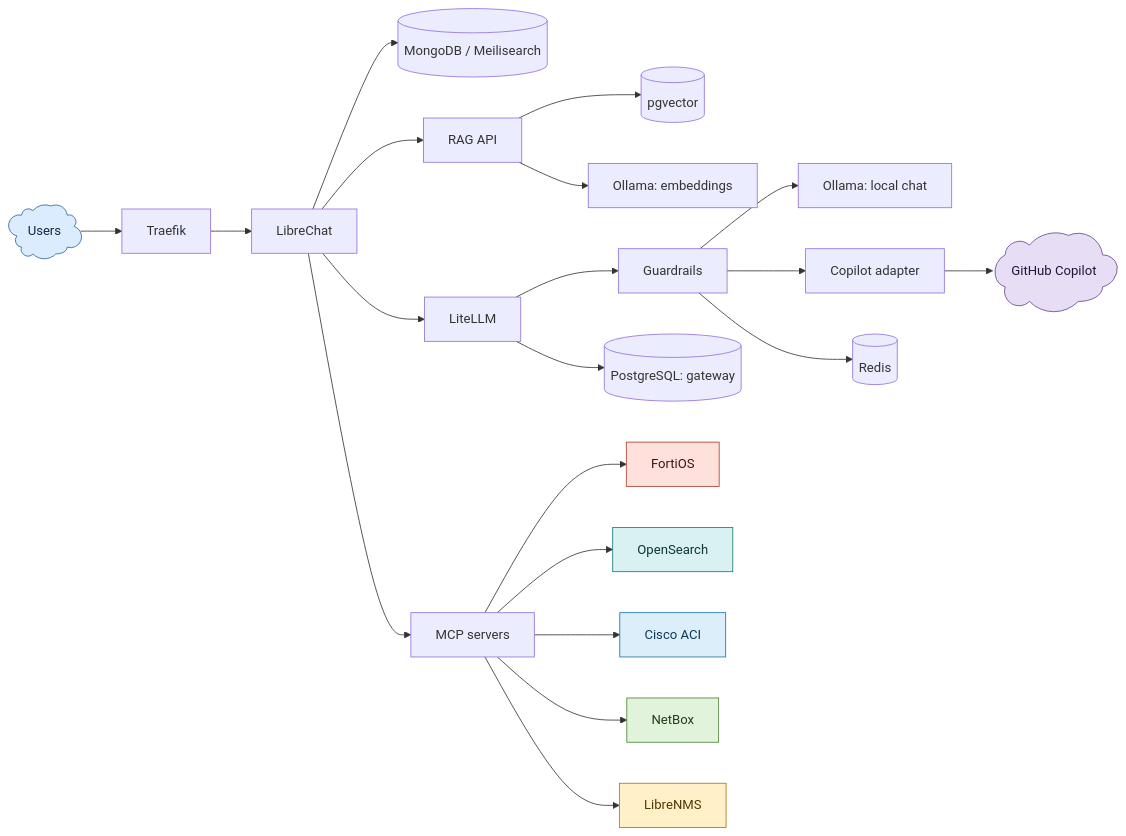
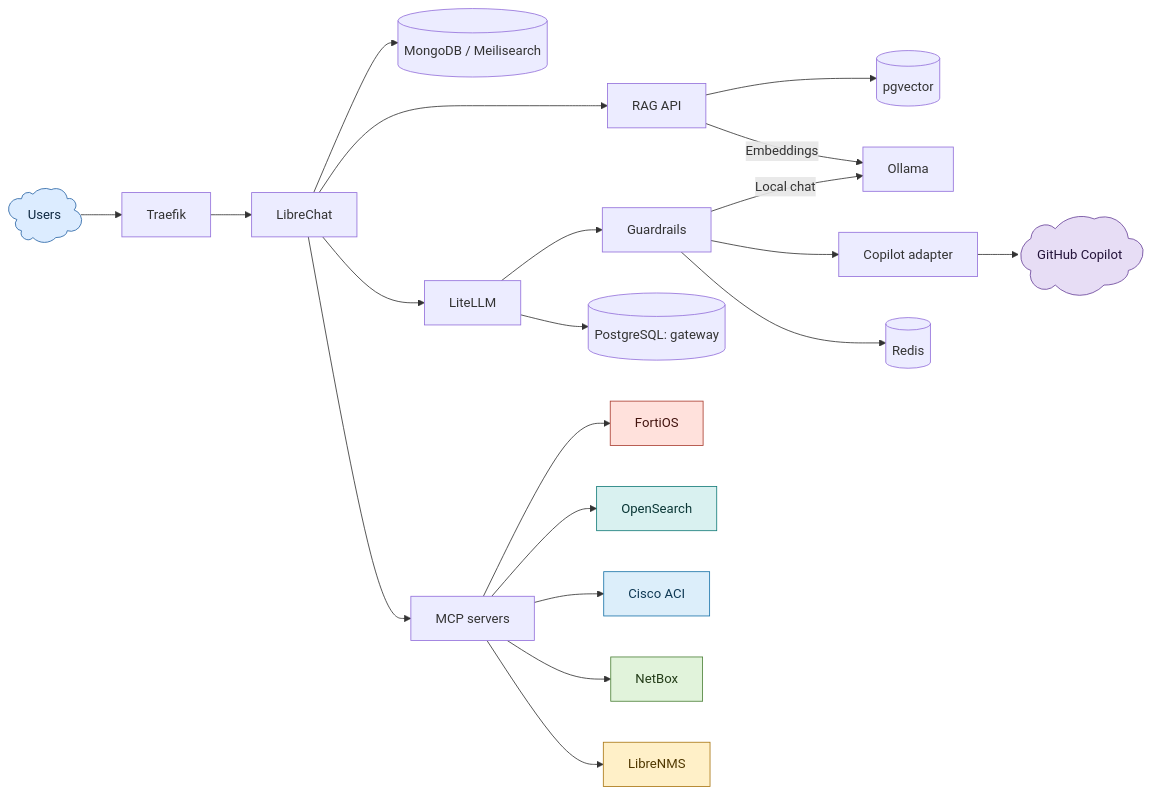
One commit to LoveSkylark/network-helper changed the diagram in README.md. Above: the diagram before and after it, drawn with Mermaid.

Commit message:
Show shared Ollama service in architecture diagram

````diff
--- a/README.md
+++ b/README.md
@@ -21,41 +21,41 @@
 ```mermaid
 flowchart LR
    Users@{ shape: cloud, label: "Users" }
    Copilot@{ shape: cloud, label: "GitHub Copilot" }
 
    Users --> Traefik --> LibreChat
 
    LibreChat --> Storage[(MongoDB / Meilisearch)]
    LibreChat --> RAG[RAG API]
    RAG --> Vector[(pgvector)]
-   RAG --> Embeddings[Ollama: embeddings]
+   RAG -->|Embeddings| Ollama[Ollama]
 
    LibreChat --> LiteLLM --> Guardrails
-   Guardrails --> Local[Ollama: local chat]
+   Guardrails -->|Local chat| Ollama
    Guardrails --> Adapter[Copilot adapter] --> Copilot
    Guardrails --> Redis[(Redis)]
    LiteLLM --> Postgres[(PostgreSQL: gateway)]
 
    LibreChat --> MCP[MCP servers]
    MCP --> FortiOS
    MCP --> OpenSearch
    MCP --> ACI[Cisco ACI]
    MCP --> NetBox
    MCP --> LibreNMS
 
    classDef users fill:#dcecff,stroke:#2864a5,color:#102a43
    classDef cloud fill:#e7ddf5,stroke:#69439a,color:#24133a
    classDef fortios fill:#ffe1dc,stroke:#aa3e31,color:#42130e
    classDef opensearch fill:#d9f1f0,stroke:#147b79,color:#0a3736
    classDef aci fill:#dceefa,stroke:#1973a8,color:#103a55
    classDef netbox fill:#e1f3db,stroke:#4d8138,color:#233c18
    classDef librenms fill:#fff0c8,stroke:#a97613,color:#503800
 
    class Users users
    class Copilot cloud
    class FortiOS fortios
    class OpenSearch opensearch
    class ACI aci
    class NetBox netbox
    class LibreNMS librenms
 ```
````
